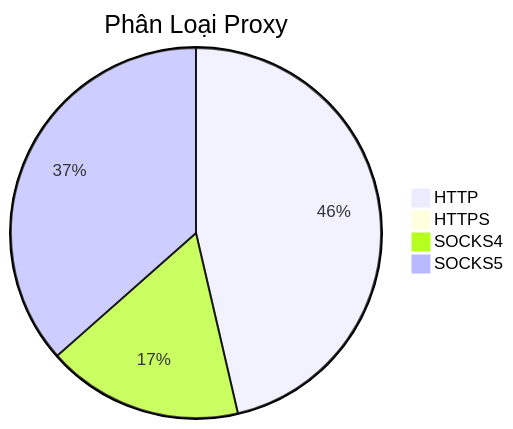
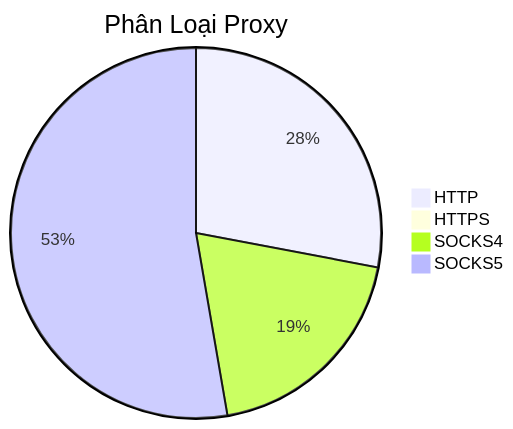
One commit to Ciara-12/PROXY-free changed the diagram in README.md. Above: the diagram before and after it, drawn with Mermaid. The commit also changed other lines of this file and 3 other files, not shown here.

````diff
--- a/README.md
+++ b/README.md
@@ -26,7 +26,7 @@
 ```mermaid
 pie title Phân Loại Proxy
-    "HTTP" : 1065
+    "HTTP" : 535
     "HTTPS" : 0
-    "SOCKS4" : 393
-    "SOCKS5" : 839
+    "SOCKS4" : 369
+    "SOCKS5" : 1008
 ```
````
